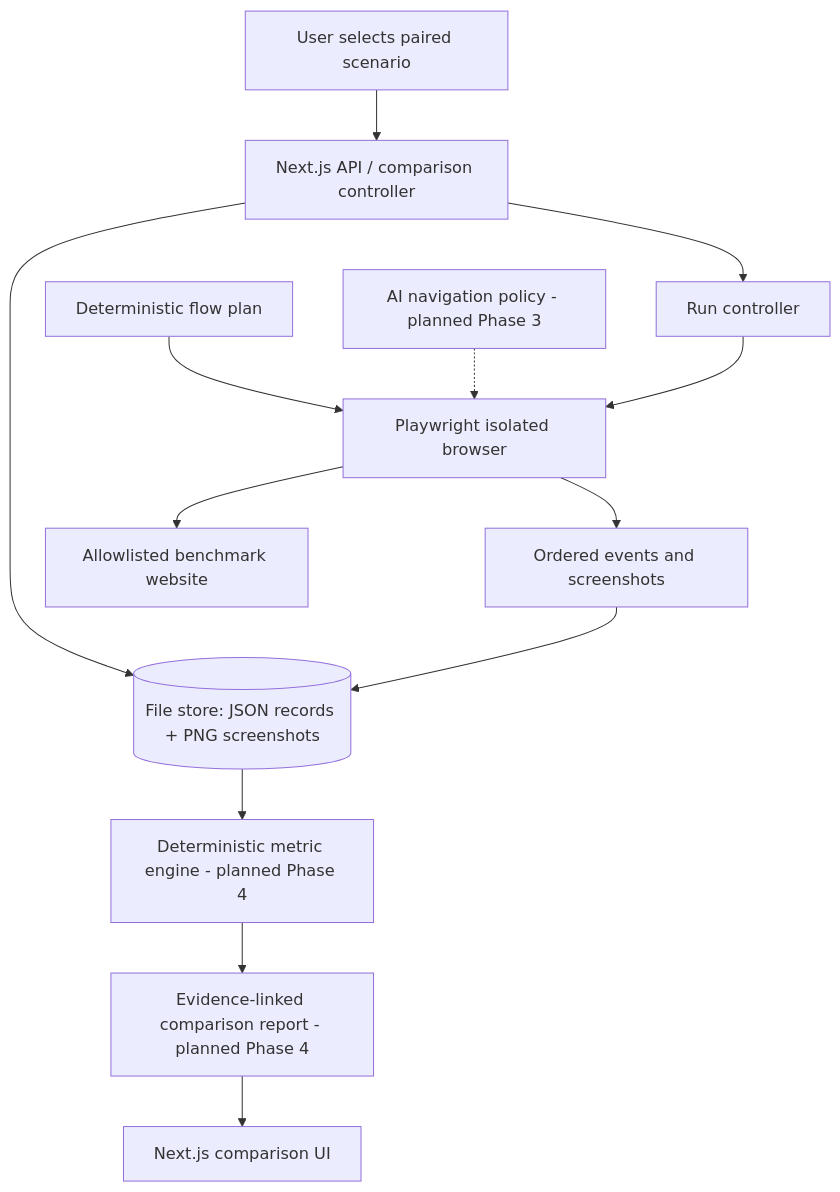
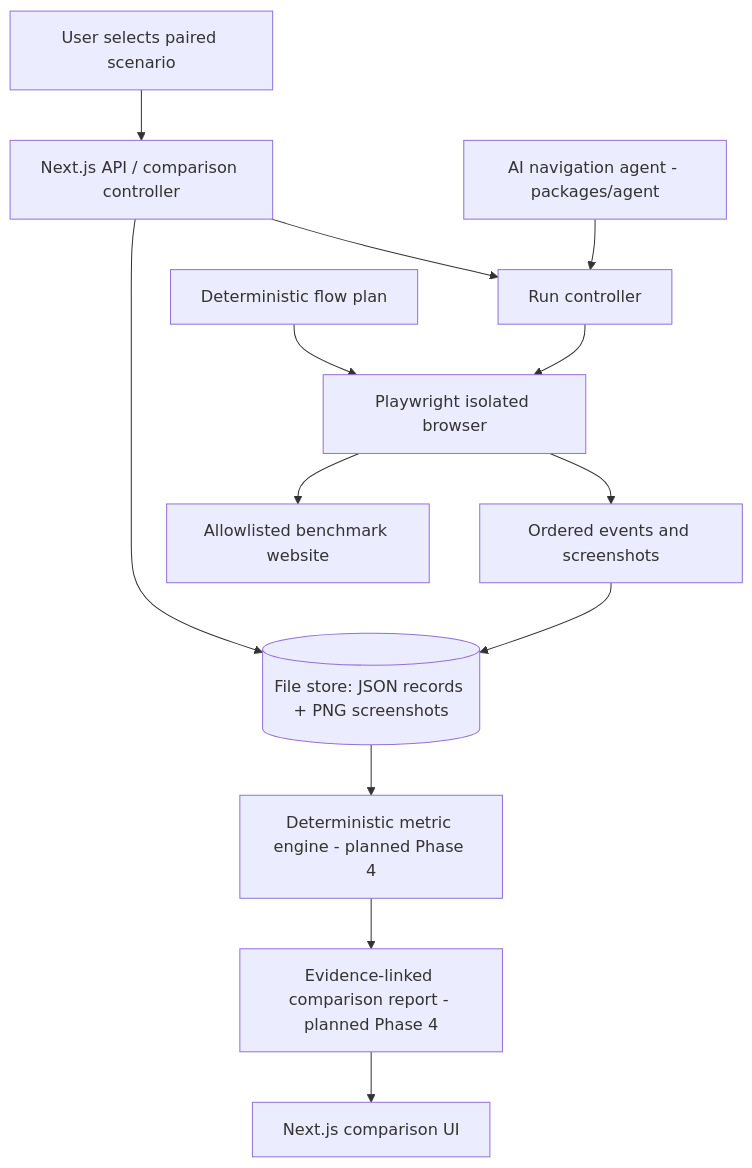
One commit to 1tsDaksh/choiceMirror changed the first of 2 diagrams in docs/Architecture.md. Above: the diagram before and after it, drawn with Mermaid. The commit also changed other lines of this file and 55 other files, not shown here.

First line of the commit message:
feat: Phase 3 real AI navigation with Nebius (#4)

````diff
--- a/docs/Architecture.md
+++ b/docs/Architecture.md
@@ -9,15 +9,15 @@
 ```mermaid
 flowchart TD
   U[User selects paired scenario] --> API[Next.js API / comparison controller]
   API --> DB[(File store: JSON records + PNG screenshots)]
   API --> Q[Run controller]
   Q --> P[Playwright isolated browser]
   F[Deterministic flow plan] --> P
-  A[AI navigation policy - planned Phase 3] -.-> P
+  A[AI navigation agent - packages/agent] --> Q
   P --> B[Allowlisted benchmark website]
   P --> E[Ordered events and screenshots]
   E --> DB
   DB --> S[Deterministic metric engine - planned Phase 4]
   S --> R[Evidence-linked comparison report - planned Phase 4]
   R --> UI[Next.js comparison UI]
 ```
````
